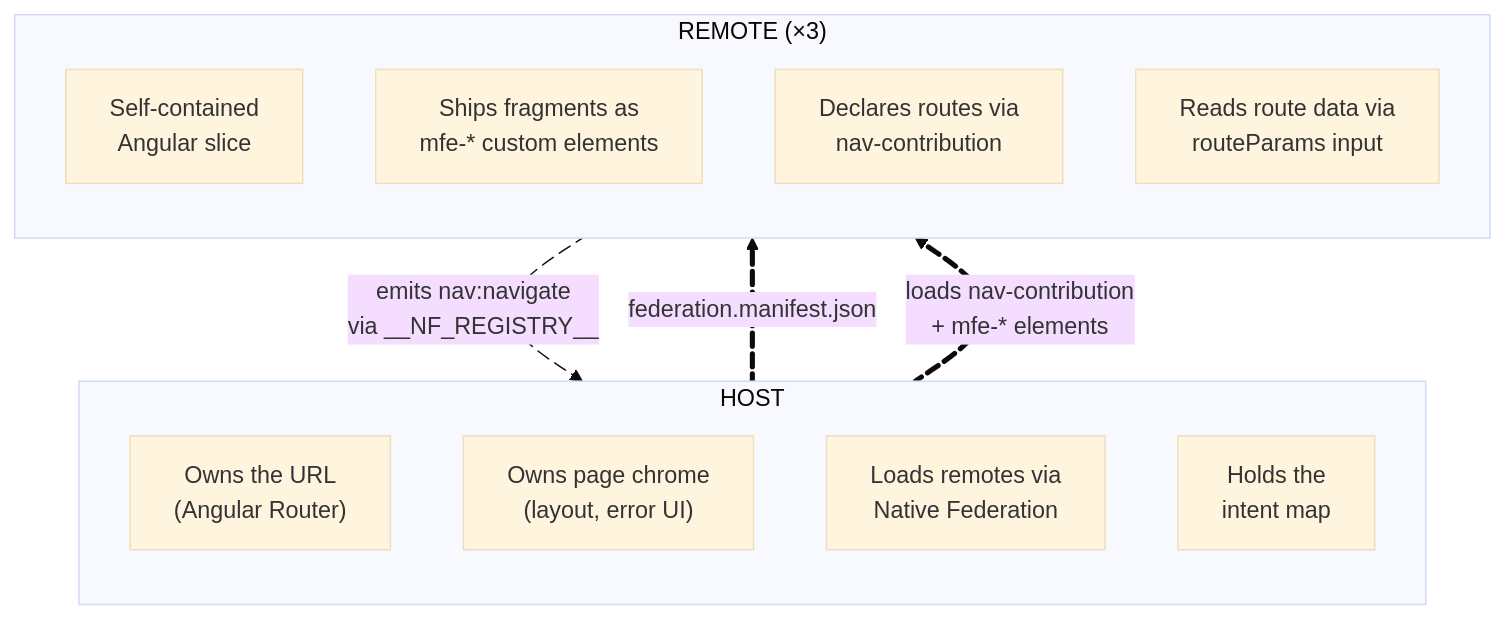
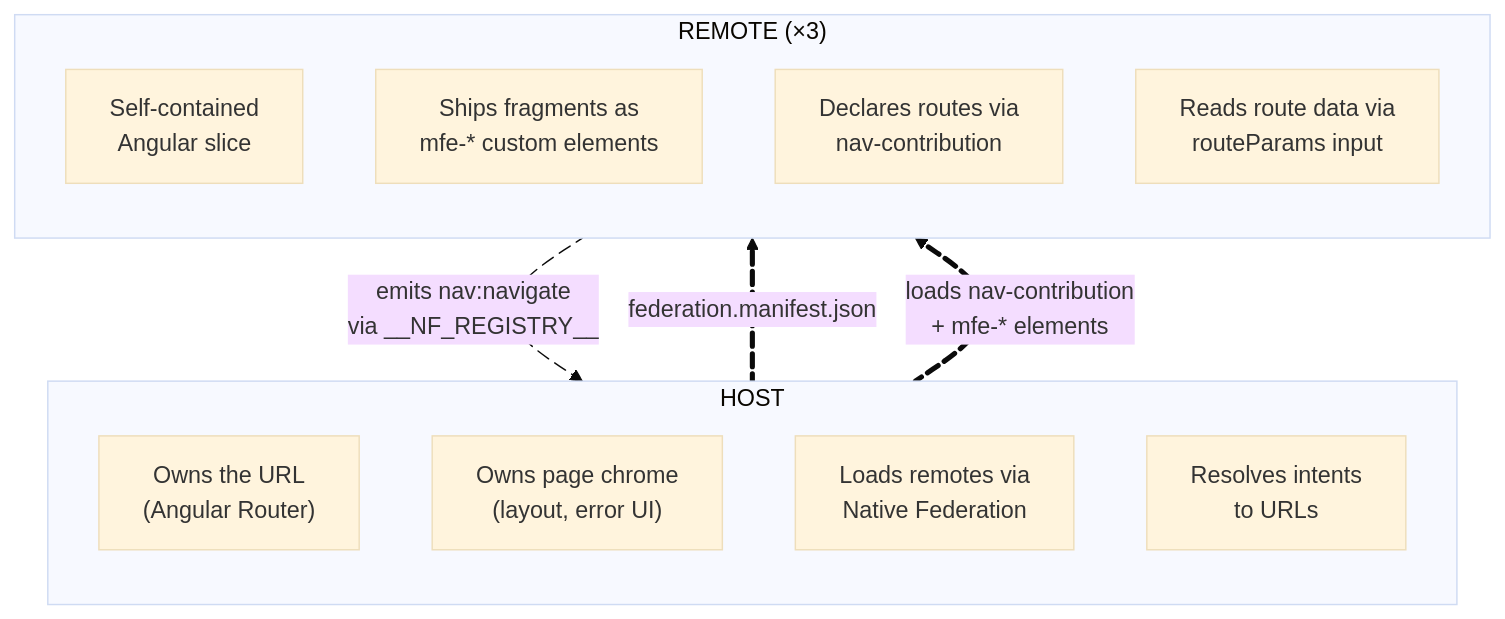
Before and after one commit to native-federation/playground: the first of 4 diagrams in angular/tractor-store/docs/architecture.md, drawn with Mermaid (base theme). The commit also changed other lines of this file, not shown here.

Commit message:
docs(tractor-store): update architecture.md for per-app flow and contracts

````diff
--- a/angular/tractor-store/docs/architecture.md
+++ b/angular/tractor-store/docs/architecture.md
@@ -31,26 +31,26 @@
 ```mermaid
 flowchart TD
     subgraph HostSide["HOST"]
         direction TB
         HA["Owns the URL<br/>(Angular Router)"]
         HB["Owns page chrome<br/>(layout, error UI)"]
         HC["Loads remotes via<br/>Native Federation"]
-        HD["Holds the<br/>intent map"]
+        HD["Resolves intents<br/>to URLs"]
     end
 
     subgraph RemoteSide["REMOTE (×3)"]
         direction TB
         RA["Self-contained<br/>Angular slice"]
         RB["Ships fragments as<br/>mfe-* custom elements"]
         RC["Declares routes via<br/>nav-contribution"]
         RD["Reads route data via<br/>routeParams input"]
     end
 
     HostSide e1@==>|"federation.manifest.json"| RemoteSide
     HostSide e2@==>|"loads nav-contribution<br/>+ mfe-* elements"| RemoteSide
     RemoteSide e3@-->|"emits nav:navigate<br/>via __NF_REGISTRY__"| HostSide
 
     e1@{animate: true}
     e2@{animate: true}
     e3@{animate: true}
 ```
````
